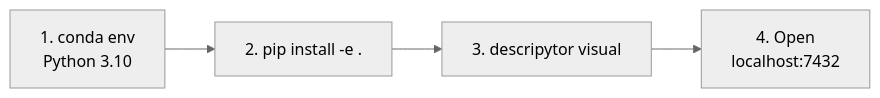
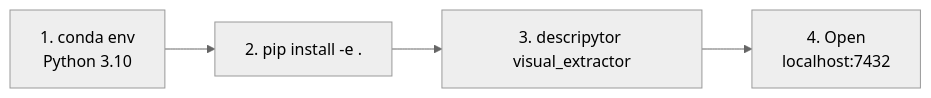
One commit to Milo-group/DescriPyTor changed the first of 2 diagrams in docs/visual-guide.md. Above: the diagram before and after it, drawn with Mermaid (neutral theme). The commit also changed other lines of this file and 16 other files, not shown here.

````diff
--- a/docs/visual-guide.md
+++ b/docs/visual-guide.md
@@ -11,6 +11,6 @@
 ```mermaid
 flowchart LR
   A["1. conda env<br/>Python 3.10"] --> B["2. pip install -e ."]
-  B --> C["3. descripytor visual"]
+  B --> C["3. descripytor visual_extractor"]
   C --> D["4. Open<br/>localhost:7432"]
 ```
````
